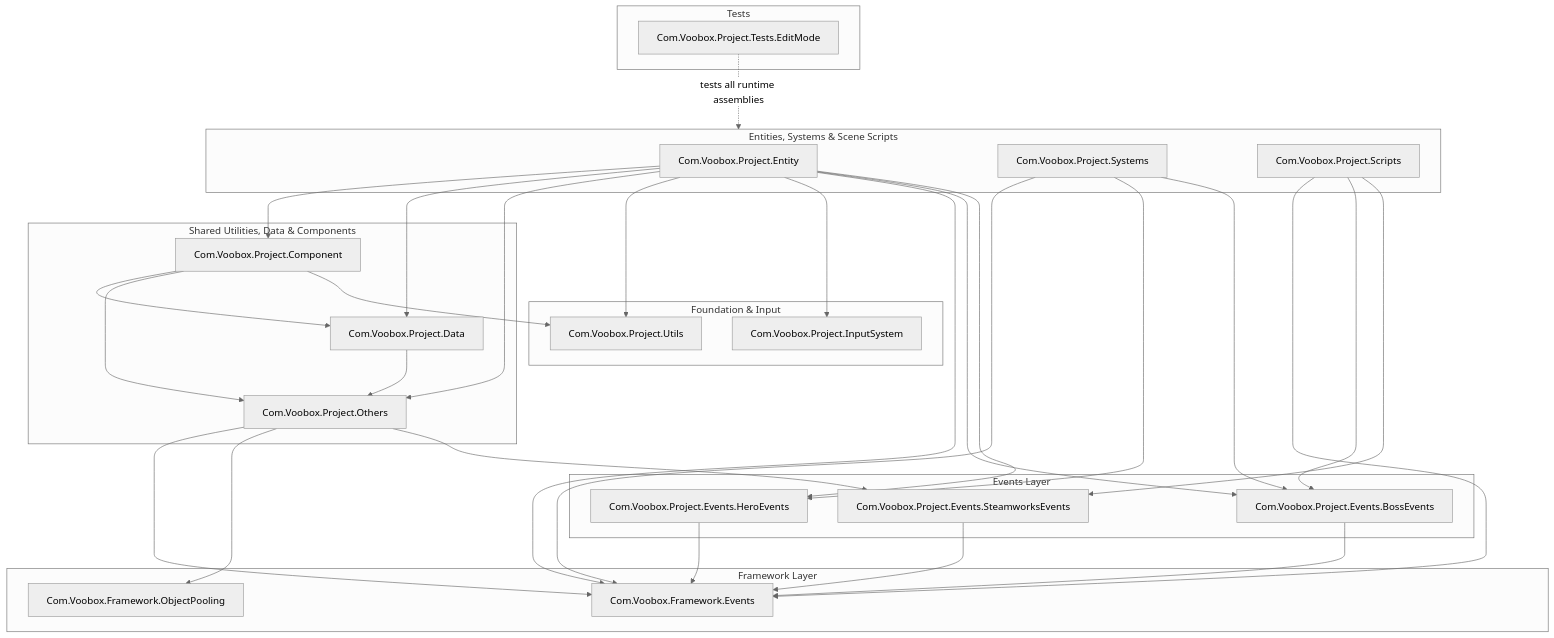
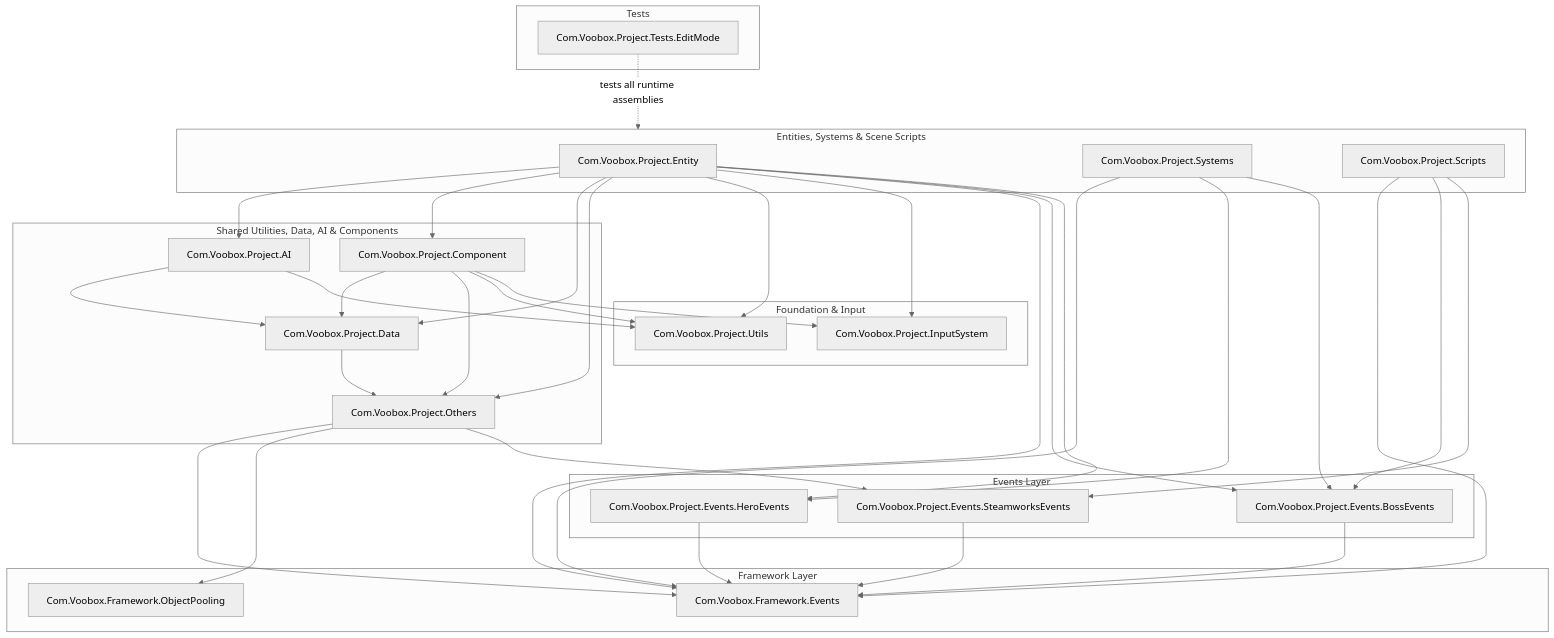
One commit to Hosomy17/EmpressProject changed the diagram in .agent-harness/diagrams/assembly-boundaries.md. Above: the diagram before and after it, drawn with Mermaid (neutral theme). The commit also changed 110 other files, not shown here.

````diff
--- a/.agent-harness/diagrams/assembly-boundaries.md
+++ b/.agent-harness/diagrams/assembly-boundaries.md
@@ -5,67 +5,73 @@
 ```mermaid
 flowchart TD
     subgraph FrameworkLayer["Framework Layer"]
         FWEvents["Com.Voobox.Framework.Events"]
         FWPool["Com.Voobox.Framework.ObjectPooling"]
     end
 
     subgraph FoundationLayer["Foundation & Input"]
         ProjUtils["Com.Voobox.Project.Utils"]
         ProjInput["Com.Voobox.Project.InputSystem"]
     end
 
     subgraph EventsLayer["Events Layer"]
         BossEvts["Com.Voobox.Project.Events.BossEvents"]
         HeroEvts["Com.Voobox.Project.Events.HeroEvents"]
         SteamEvts["Com.Voobox.Project.Events.SteamworksEvents"]
     end
 
-    subgraph MidLayer["Shared Utilities, Data & Components"]
+    subgraph MidLayer["Shared Utilities, Data, AI & Components"]
         ProjOthers["Com.Voobox.Project.Others"]
         ProjData["Com.Voobox.Project.Data"]
+        ProjAI["Com.Voobox.Project.AI"]
         ProjComp["Com.Voobox.Project.Component"]
     end
 
     subgraph OrchestrationLayer["Entities, Systems & Scene Scripts"]
         ProjEntity["Com.Voobox.Project.Entity"]
         ProjSystems["Com.Voobox.Project.Systems"]
         ProjScripts["Com.Voobox.Project.Scripts"]
     end
 
     subgraph TestLayer["Tests"]
         EditTests["Com.Voobox.Project.Tests.EditMode"]
     end
 
     BossEvts --> FWEvents
     HeroEvts --> FWEvents
     SteamEvts --> FWEvents
 
     ProjOthers --> FWEvents
     ProjOthers --> FWPool
     ProjOthers --> SteamEvts
 
     ProjData --> ProjOthers
 
+    ProjAI --> ProjData
+    ProjAI --> ProjUtils
+
     ProjComp --> ProjData
     ProjComp --> ProjOthers
     ProjComp --> ProjUtils
+    ProjComp --> ProjInput
 
+    ProjEntity --> ProjAI
     ProjEntity --> ProjComp
     ProjEntity --> ProjData
     ProjEntity --> ProjOthers
     ProjEntity --> ProjUtils
     ProjEntity --> ProjInput
     ProjEntity --> FWEvents
     ProjEntity --> BossEvts
     ProjEntity --> HeroEvts
 
     ProjSystems --> FWEvents
     ProjSystems --> HeroEvts
     ProjSystems --> BossEvts
 
     ProjScripts --> FWEvents
     ProjScripts --> BossEvts
     ProjScripts --> SteamEvts
 
     EditTests -.->|"tests all runtime assemblies"| OrchestrationLayer
 ```
````
